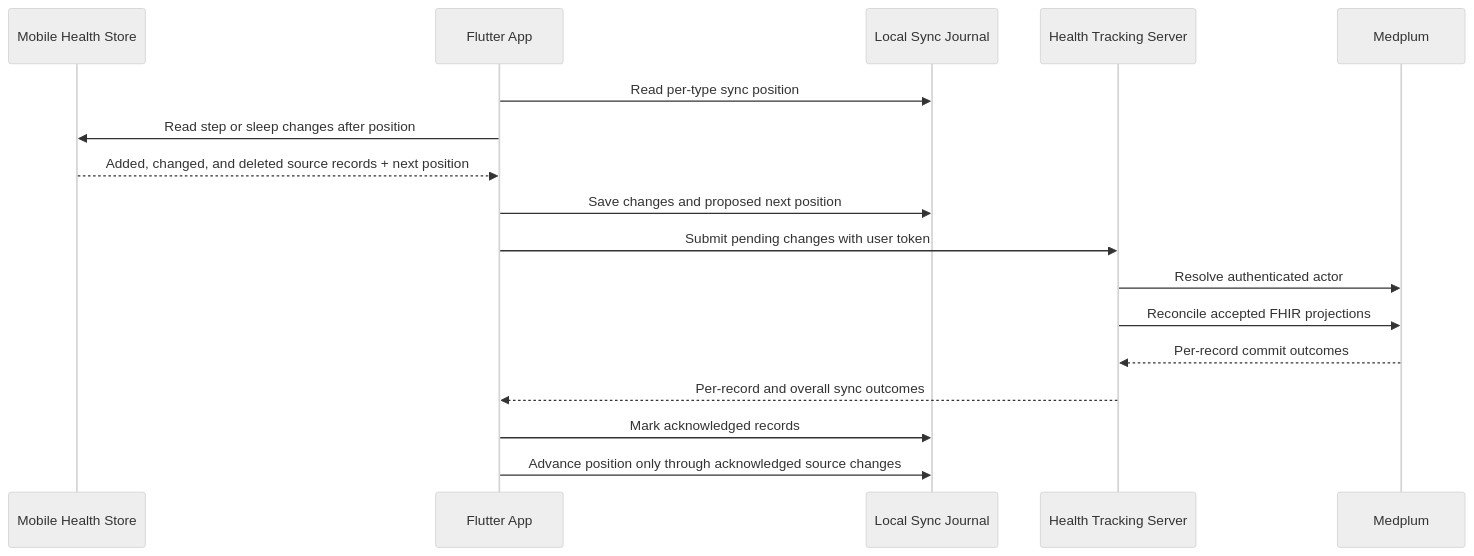
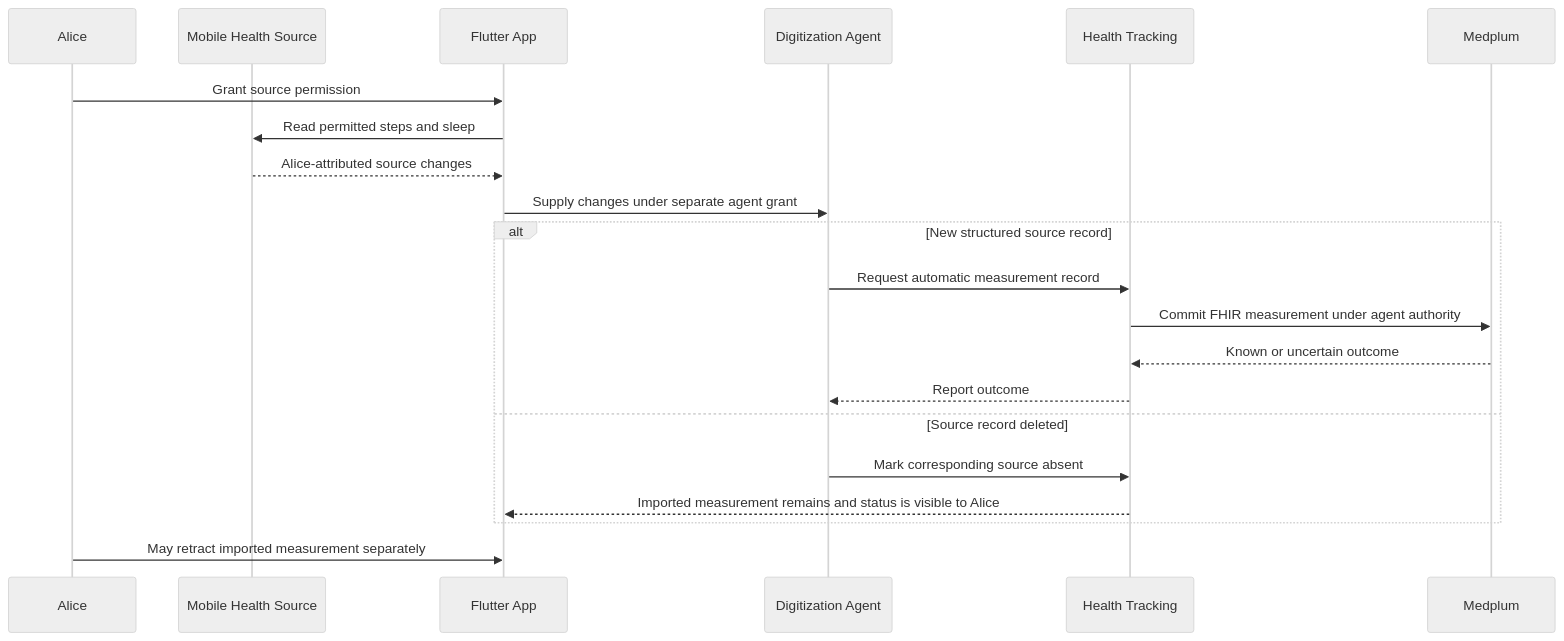
One commit to ragavsathish/medplum changed the third of 3 diagrams in dhf/documents/design/mobile_health_sync.md. Above: the diagram before and after it, drawn with Mermaid (neutral theme). The commit also changed other lines of this file and 6 other files, not shown here.

````diff
--- a/dhf/documents/design/mobile_health_sync.md
+++ b/dhf/documents/design/mobile_health_sync.md
@@ -182,20 +130,24 @@
 ```mermaid
 sequenceDiagram
-    participant Store as Mobile Health Store
+    participant Alice
+    participant Source as Mobile Health Source
     participant App as Flutter App
-    participant Journal as Local Sync Journal
-    participant Server as Health Tracking Server
-    participant Medplum as Medplum
+    participant Agent as Digitization Agent
+    participant Tracking as Health Tracking
+    participant Medplum
 
-    App->>Journal: Read per-type sync position
-    App->>Store: Read step or sleep changes after position
-    Store-->>App: Added, changed, and deleted source records + next position
-    App->>Journal: Save changes and proposed next position
-    App->>Server: Submit pending changes with user token
-    Server->>Medplum: Resolve authenticated actor
-    Server->>Medplum: Reconcile accepted FHIR projections
-    Medplum-->>Server: Per-record commit outcomes
-    Server-->>App: Per-record and overall sync outcomes
-    App->>Journal: Mark acknowledged records
-    App->>Journal: Advance position only through acknowledged source changes
+    Alice->>App: Grant source permission
+    App->>Source: Read permitted steps and sleep
+    Source-->>App: Alice-attributed source changes
+    App->>Agent: Supply changes under separate agent grant
+    alt New structured source record
+        Agent->>Tracking: Request automatic measurement record
+        Tracking->>Medplum: Commit FHIR measurement under agent authority
+        Medplum-->>Tracking: Known or uncertain outcome
+        Tracking-->>Agent: Report outcome
+    else Source record deleted
+        Agent->>Tracking: Mark corresponding source absent
+        Tracking-->>App: Imported measurement remains and status is visible to Alice
+    end
+    Alice->>App: May retract imported measurement separately
 ```
````
